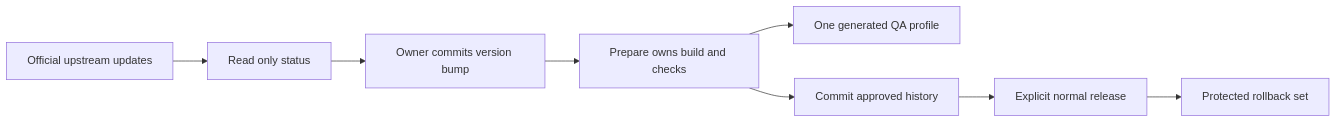
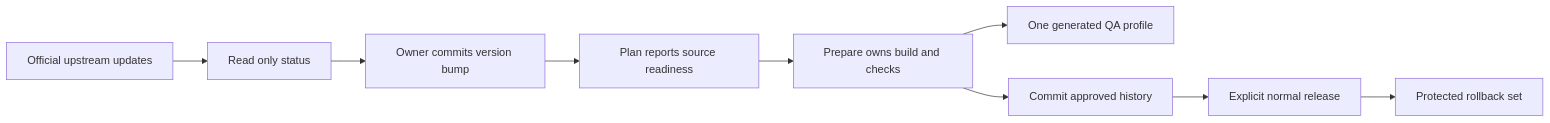
The diagram in wiki/OVERVIEW.md (alexwck/dbcode-wrapper), drawn with Mermaid before and after one commit. The commit also changed other lines of this file and 5 other files, not shown here.

````diff
--- a/wiki/OVERVIEW.md
+++ b/wiki/OVERVIEW.md
@@ -42,10 +42,11 @@
 ```mermaid
 flowchart LR
   U[Official upstream updates] --> S[Read only status]
   S --> O[Owner commits version bump]
-  O --> P[Prepare owns build and checks]
+  O --> N[Plan reports source readiness]
+  N --> P[Prepare owns build and checks]
   P --> Q[One generated QA profile]
   P --> H[Commit approved history]
   H --> R[Explicit normal release]
   R --> K[Protected rollback set]
 ```
````
